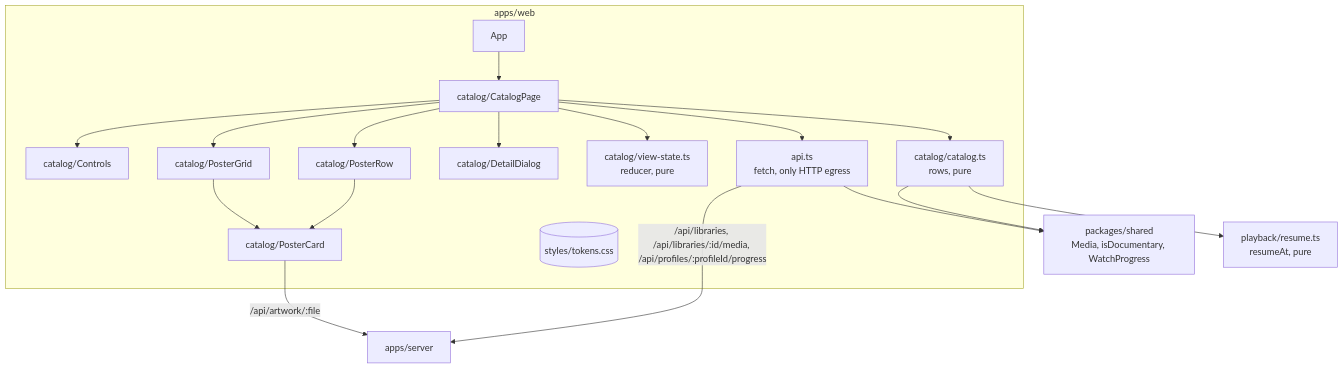
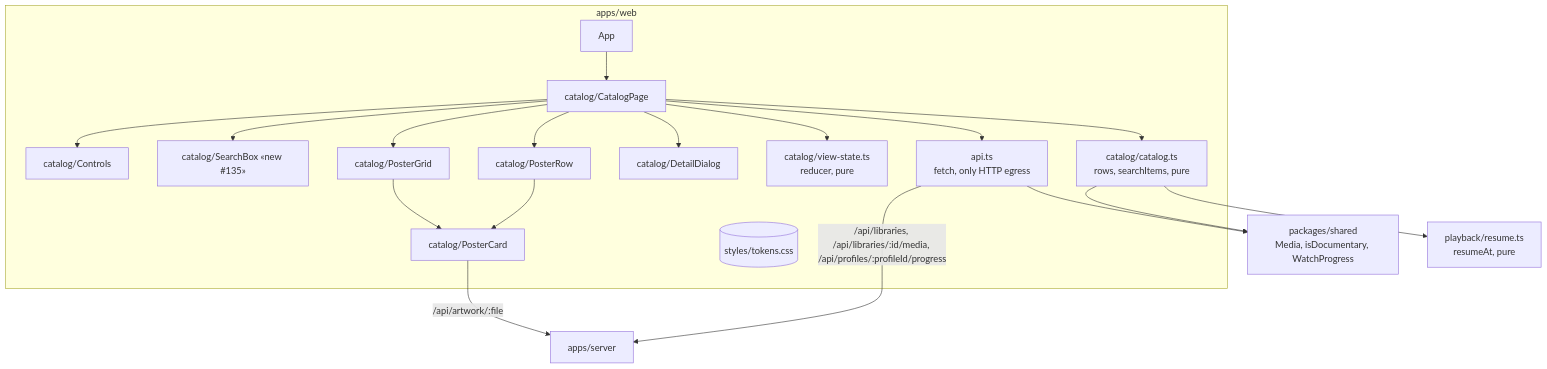
Before and after one commit to benoit-bremaud/popcorntv: the diagram in docs/architecture/diagrams/catalog/03-component.md, drawn with Mermaid. The commit also changed other lines of this file and 10 other files, not shown here.

````diff
--- a/docs/architecture/diagrams/catalog/03-component.md
+++ b/docs/architecture/diagrams/catalog/03-component.md
@@ -8,22 +8,23 @@
 ```mermaid
 flowchart TB
   subgraph web[apps/web]
     app[App] --> page[catalog/CatalogPage]
     page --> controls[catalog/Controls]
+    page --> search["catalog/SearchBox «new #135»"]
     page --> row[catalog/PosterRow]
     page --> grid[catalog/PosterGrid]
     page --> detail[catalog/DetailDialog]
     row --> card[catalog/PosterCard]
     grid --> card
     page --> state[catalog/view-state.ts<br/>reducer, pure]
-    page --> cat[catalog/catalog.ts<br/>rows, pure]
+    page --> cat[catalog/catalog.ts<br/>rows, searchItems, pure]
     page --> api[api.ts<br/>fetch, only HTTP egress]
     tokens[(styles/tokens.css)]
   end
   shared[packages/shared<br/>Media, isDocumentary, WatchProgress]
   cat --> shared
   cat --> resume[playback/resume.ts<br/>resumeAt, pure]
   api --> shared
   api -->|/api/libraries, /api/libraries/:id/media, /api/profiles/:profileId/progress| server[apps/server]
   card -->|/api/artwork/:file| server
 ```
````
